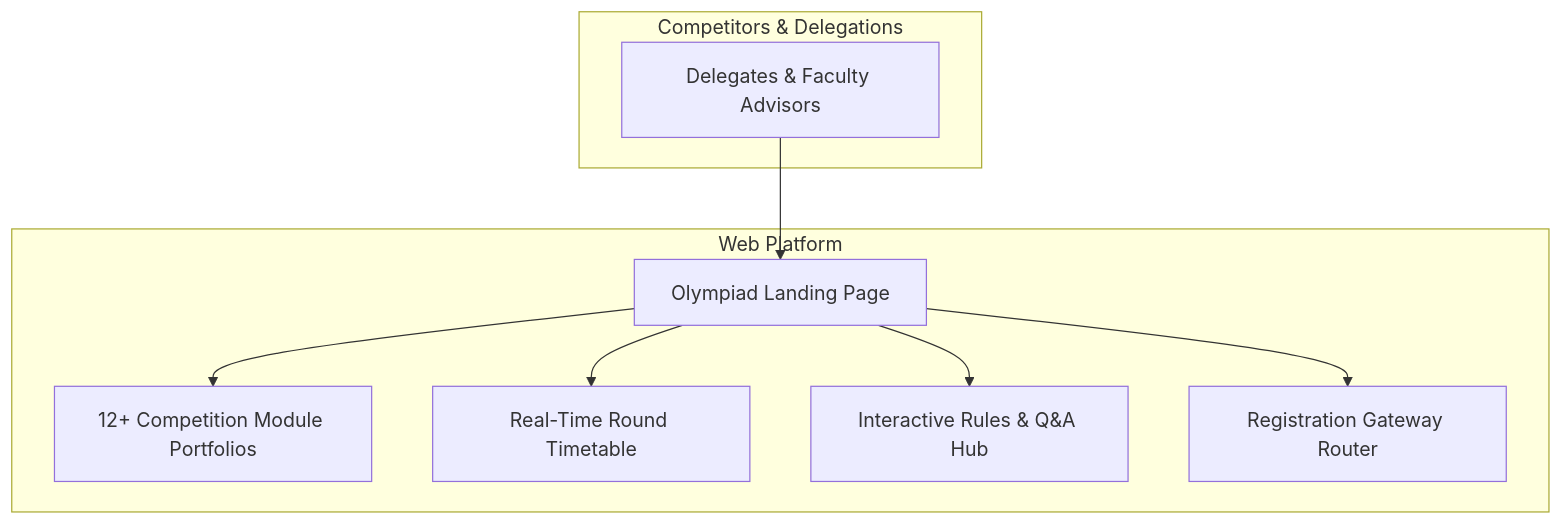
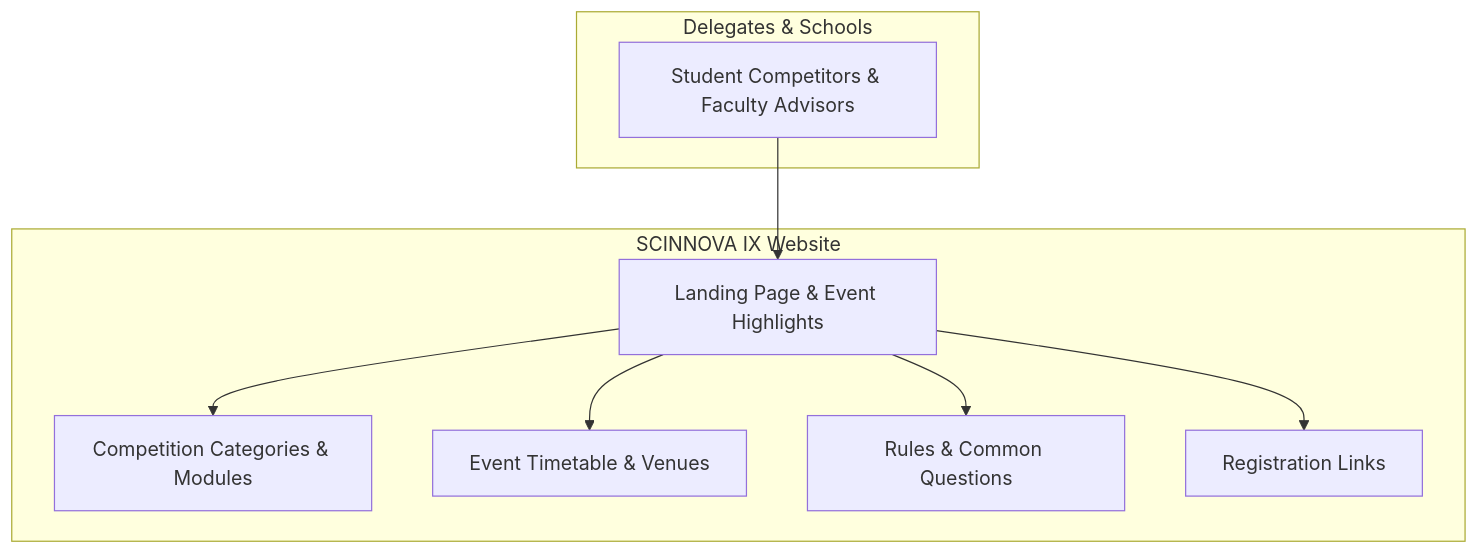
The diagram in README.md (MuhammadRayyan08/scinnova-ix-platform), drawn with Mermaid before and after one commit. The commit also changed other lines of this file, not shown here.

````diff
--- a/README.md
+++ b/README.md
@@ -33,20 +33,20 @@
 ```mermaid
 flowchart TD
-    subgraph Visitors [Competitors & Delegations]
-        USER[Delegates & Faculty Advisors]
+    subgraph Visitors [Delegates & Schools]
+        USER[Student Competitors & Faculty Advisors]
     end
 
-    subgraph Presentation Tier [Web Platform]
-        HOME[Olympiad Landing Page]
-        MODS[12+ Competition Module Portfolios]
-        SCHED[Real-Time Round Timetable]
-        FAQ[Interactive Rules & Q&A Hub]
-        REG[Registration Gateway Router]
+    subgraph Web Platform [SCINNOVA IX Website]
+        HOME[Landing Page & Event Highlights]
+        MODS[Competition Categories & Modules]
+        SCHED[Event Timetable & Venues]
+        FAQ[Rules & Common Questions]
+        REG[Registration Links]
     end
 
     USER --> HOME
     HOME --> MODS
     HOME --> SCHED
     HOME --> FAQ
     HOME --> REG
 ```
````
